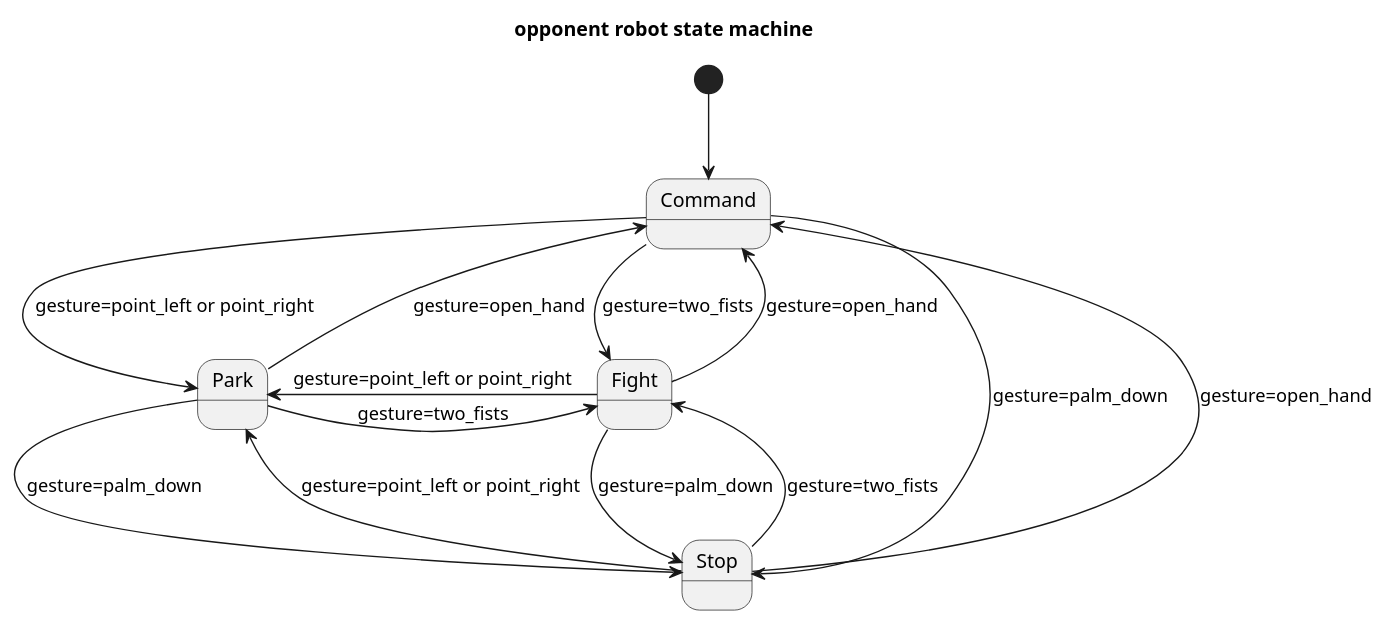
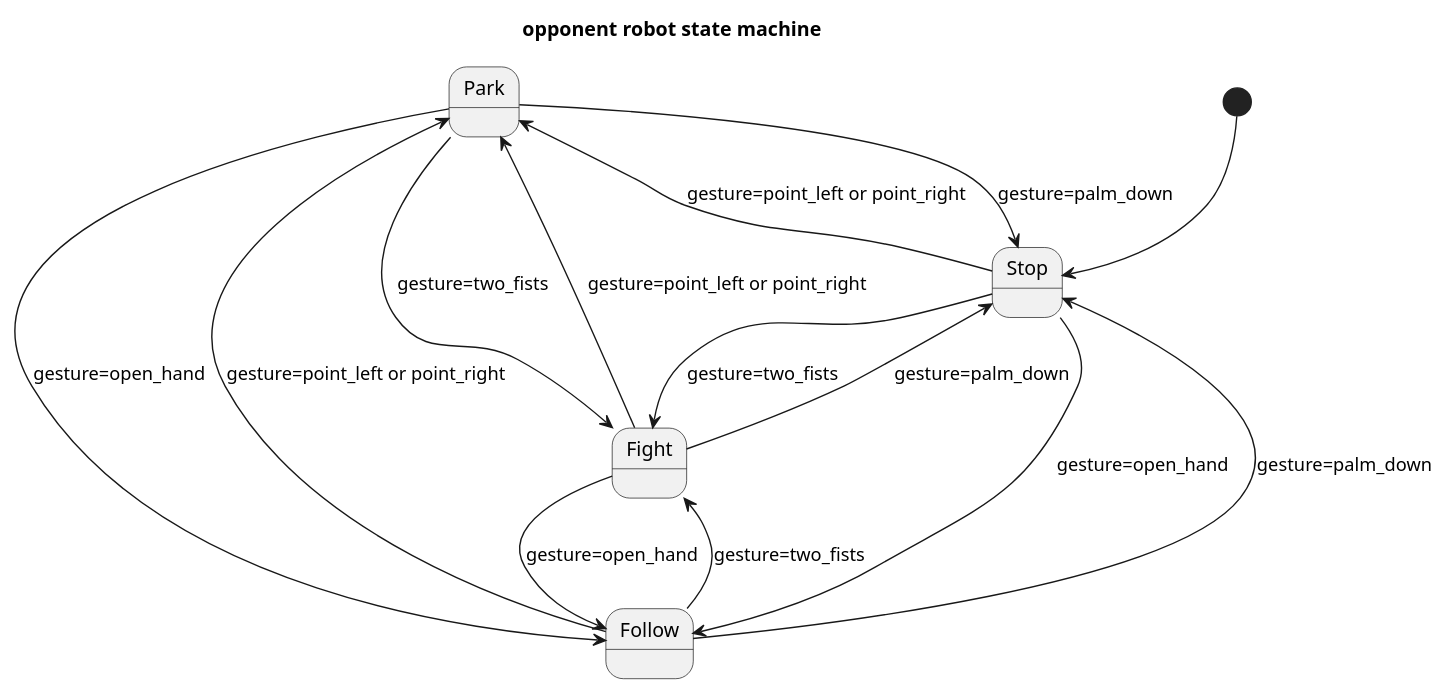
One commit to totoy-newbie/opponent-robot changed the diagram in doc/design/mode-state-machine.puml. Above: the diagram before and after it, drawn with PlantUML. The commit also changed 5 other files, not shown here.

Commit message:
renamed command mode to follow mode

```diff
--- a/doc/design/mode-state-machine.puml
+++ b/doc/design/mode-state-machine.puml
@@ -1,28 +1,29 @@
 @startuml
 title opponent robot state machine
 
 ' states
-state Command 
+state Follow 
 state Park 
 state Fight
 state Stop 
 
 ' relationships
-[*] --> Command
+[*] -d-> Stop
 
-Command --> Park : gesture=point_left or point_right
-Command --> Fight : gesture=two_fists
-Command --> Stop : gesture=palm_down
+Stop -l-> Park : gesture=point_left or point_right
+Stop -r-> Fight : gesture=two_fists
+Stop -d-> Follow : gesture=open_hand
 
-Park -u-> Command : gesture=open_hand
-Park -r-> Fight : gesture=two_fists
-Park -d-> Stop : gesture=palm_down
+Follow --> Park : gesture=point_left or point_right
+Follow --> Fight : gesture=two_fists
+Follow --> Stop : gesture=palm_down
 
-Fight -l-> Park : gesture=point_left or point_right
-Fight -u-> Command : gesture=open_hand
-Fight -d-> Stop : gesture=palm_down
+Park --> Follow : gesture=open_hand
+Park --> Fight : gesture=two_fists
+Park --> Stop : gesture=palm_down
 
-Stop --> Park : gesture=point_left or point_right
-Stop --> Fight : gesture=two_fists
-Stop -u-> Command : gesture=open_hand
+Fight --> Park : gesture=point_left or point_right
+Fight --> Follow : gesture=open_hand
+Fight --> Stop : gesture=palm_down
+
 @enduml
```
